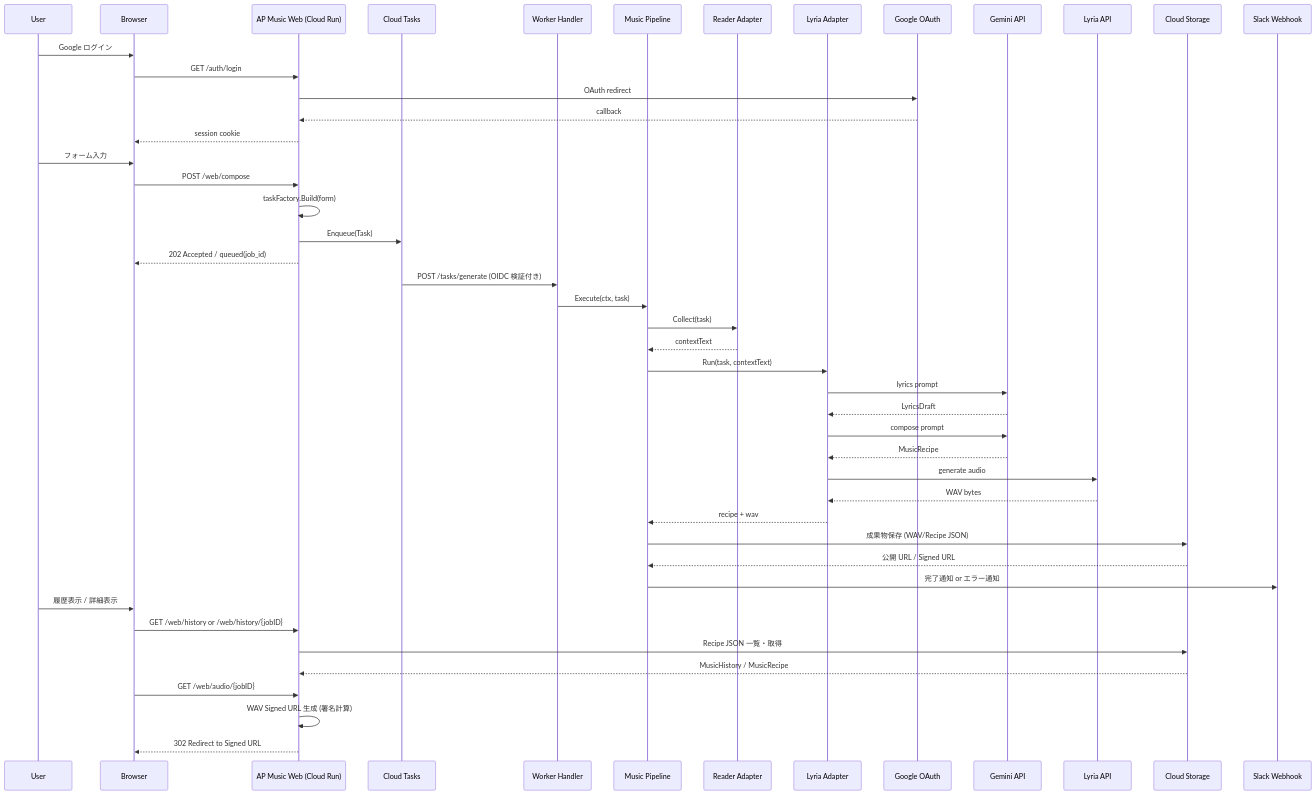
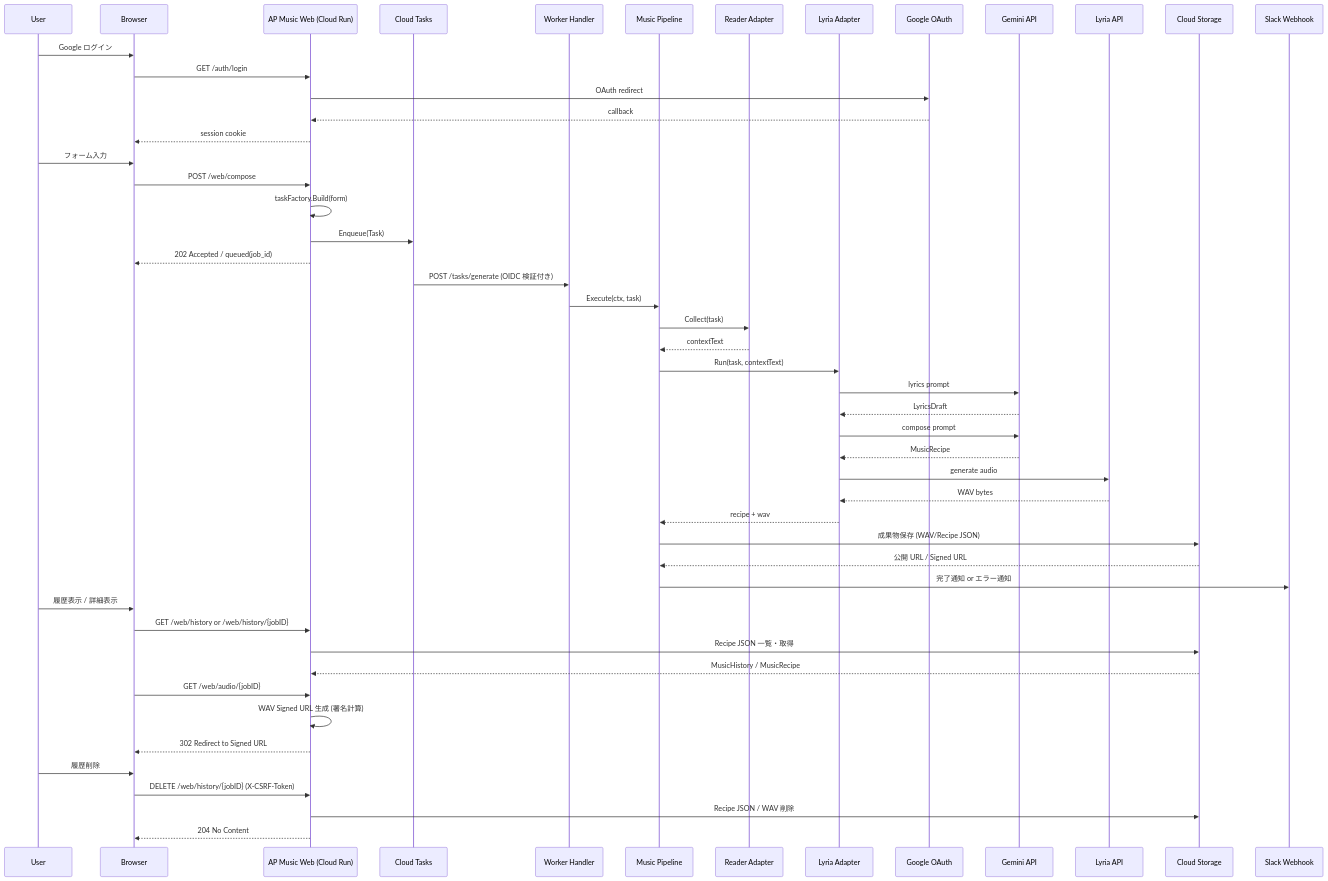
One commit to shouni/ap-music changed the diagram in README.md. Above: the diagram before and after it, drawn with Mermaid. The commit also changed other lines of this file, not shown here.

Commit message:
Update README: document delete history functionality and CSRF-protected GCS cleanup steps

````diff
--- a/README.md
+++ b/README.md
@@ -124,55 +124,60 @@
 ```mermaid
 sequenceDiagram
     participant User as User
     participant Browser as Browser
     participant Web as AP Music Web (Cloud Run)
     participant Queue as Cloud Tasks
     participant Worker as Worker Handler
     participant Pipeline as Music Pipeline
     participant Collector as Reader Adapter
     participant Runner as Lyria Adapter
     participant Auth as Google OAuth
     participant Gemini as Gemini API
     participant Lyria as Lyria API
     participant GCS as Cloud Storage
     participant Slack as Slack Webhook
 
     User->>Browser: Google ログイン
     Browser->>Web: GET /auth/login
     Web->>Auth: OAuth redirect
     Auth-->>Web: callback
     Web-->>Browser: session cookie
 
     User->>Browser: フォーム入力
     Browser->>Web: POST /web/compose
     Web->>Web: taskFactory.Build(form)
     Web->>Queue: Enqueue(Task)
     Web-->>Browser: 202 Accepted / queued(job_id)
 
     Queue->>Worker: POST /tasks/generate (OIDC 検証付き)
     Worker->>Pipeline: Execute(ctx, task)
 
     Pipeline->>Collector: Collect(task)
     Collector-->>Pipeline: contextText
 
     Pipeline->>Runner: Run(task, contextText)
     Runner->>Gemini: lyrics prompt
     Gemini-->>Runner: LyricsDraft
     Runner->>Gemini: compose prompt
     Gemini-->>Runner: MusicRecipe
     Runner->>Lyria: generate audio
     Lyria-->>Runner: WAV bytes
     Runner-->>Pipeline: recipe + wav
 
     Pipeline->>GCS: 成果物保存 (WAV/Recipe JSON)
     GCS-->>Pipeline: 公開 URL / Signed URL
     Pipeline->>Slack: 完了通知 or エラー通知
 
     User->>Browser: 履歴表示 / 詳細表示
     Browser->>Web: GET /web/history or /web/history/{jobID}
     Web->>GCS: Recipe JSON 一覧・取得
     GCS-->>Web: MusicHistory / MusicRecipe
     Browser->>Web: GET /web/audio/{jobID}
    Web->>Web: WAV Signed URL 生成 (署名計算)
     Web-->>Browser: 302 Redirect to Signed URL
+
+    User->>Browser: 履歴削除
+    Browser->>Web: DELETE /web/history/{jobID} (X-CSRF-Token)
+    Web->>GCS: Recipe JSON / WAV 削除
+    Web-->>Browser: 204 No Content
 ```
````
